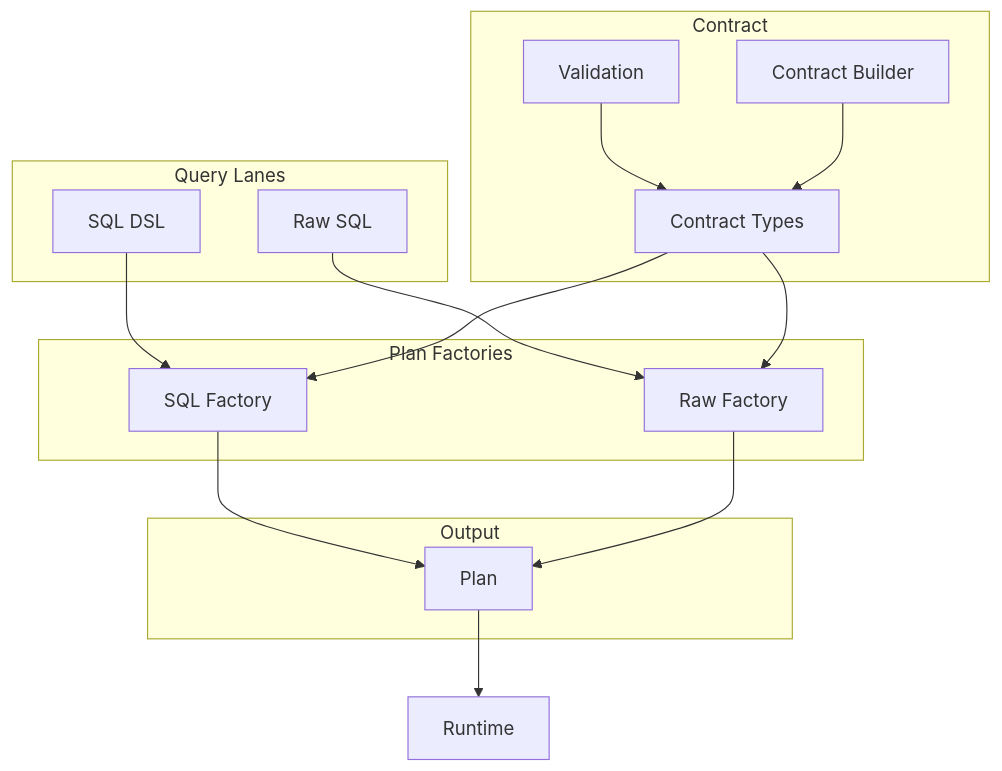
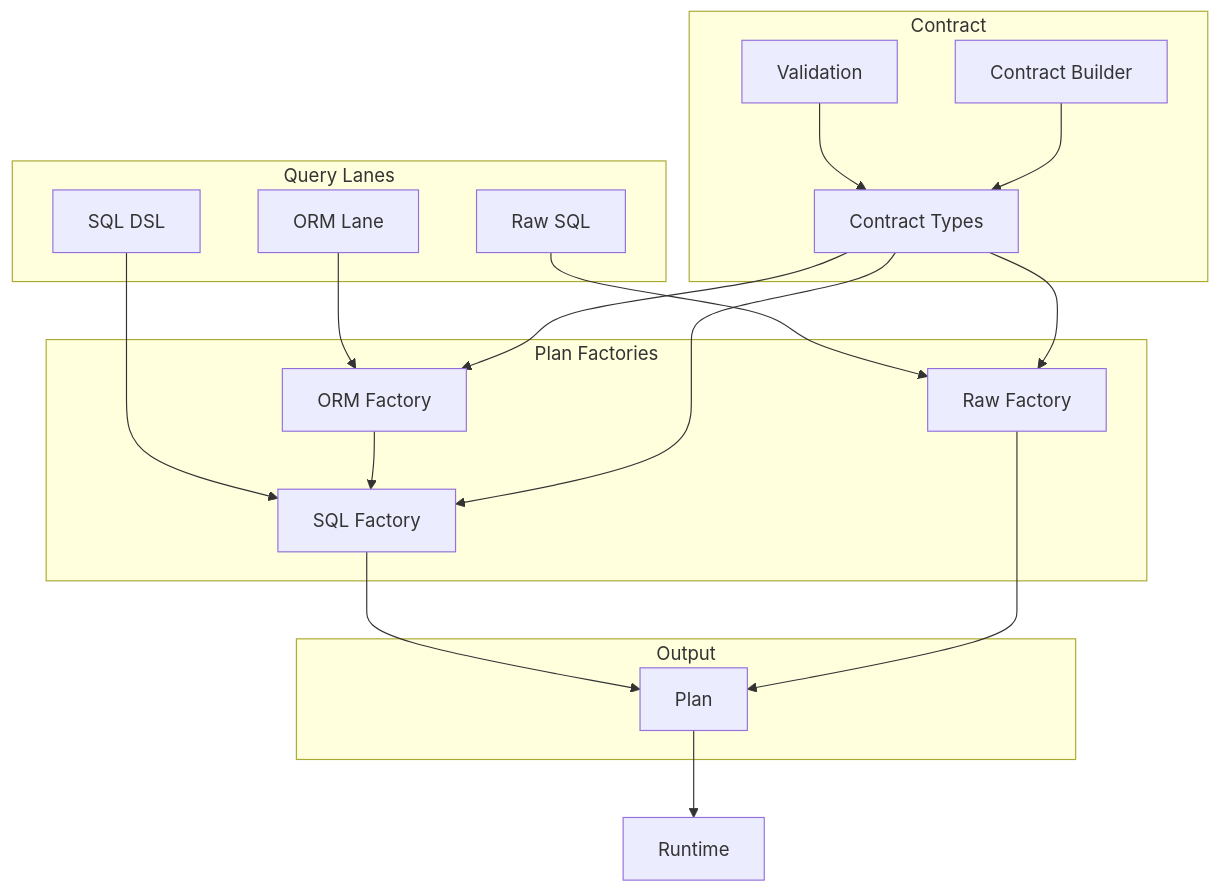
Before and after one commit to prisma/prisma-next: the diagram in packages/sql-query/README.md, drawn with Mermaid. The commit also changed other lines of this file and 5 other files, not shown here.

````diff
--- a/packages/sql-query/README.md
+++ b/packages/sql-query/README.md
@@ -31,32 +32,37 @@
 ```mermaid
 flowchart TD
     subgraph "Query Lanes"
         DSL[SQL DSL]
+        ORM[ORM Lane]
         RAW[Raw SQL]
     end
 
     subgraph "Plan Factories"
         SQL[SQL Factory]
+        ORM_FACT[ORM Factory]
         RAW_FACT[Raw Factory]
     end
 
     subgraph "Contract"
         CT[Contract Types]
         VAL[Validation]
         BUILDER[Contract Builder]
     end
 
     subgraph "Output"
         PLAN[Plan]
     end
 
     DSL --> SQL
+    ORM --> ORM_FACT
     RAW --> RAW_FACT
     SQL --> PLAN
+    ORM_FACT --> SQL
     RAW_FACT --> PLAN
     CT --> SQL
+    CT --> ORM_FACT
     CT --> RAW_FACT
     VAL --> CT
     BUILDER --> CT
     PLAN --> RT[Runtime]
 ```
````
